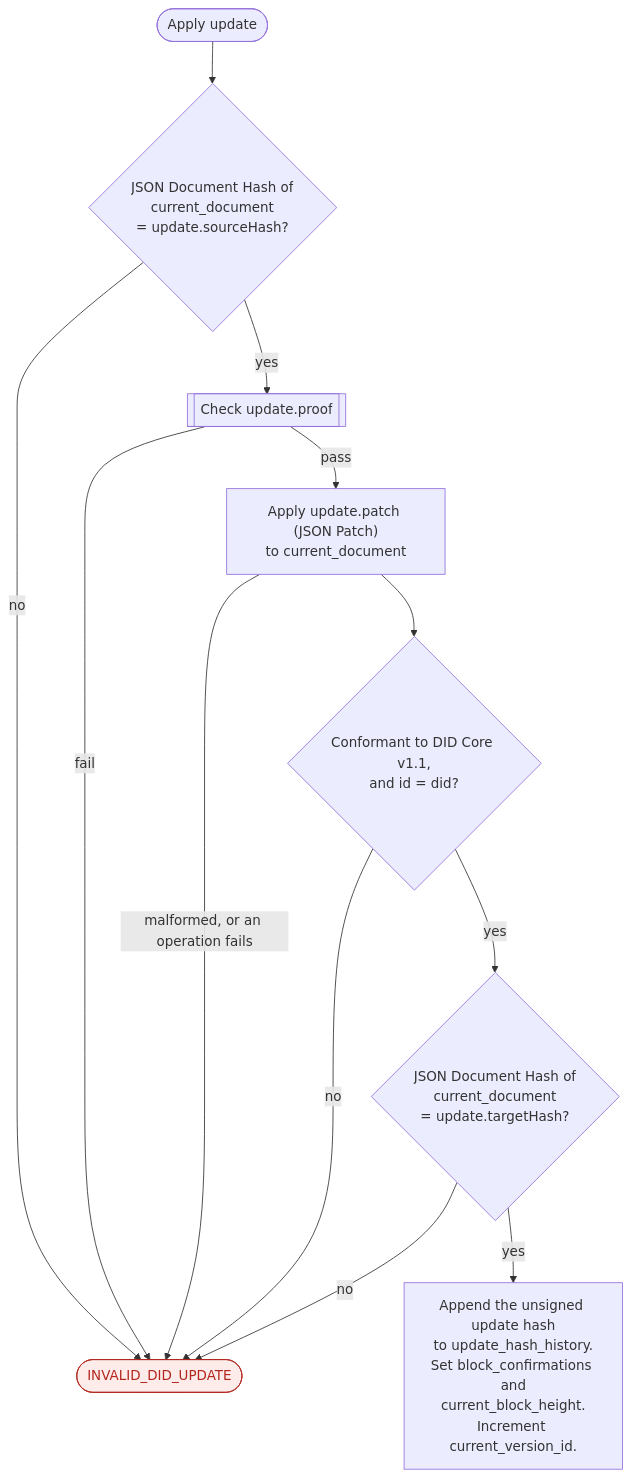
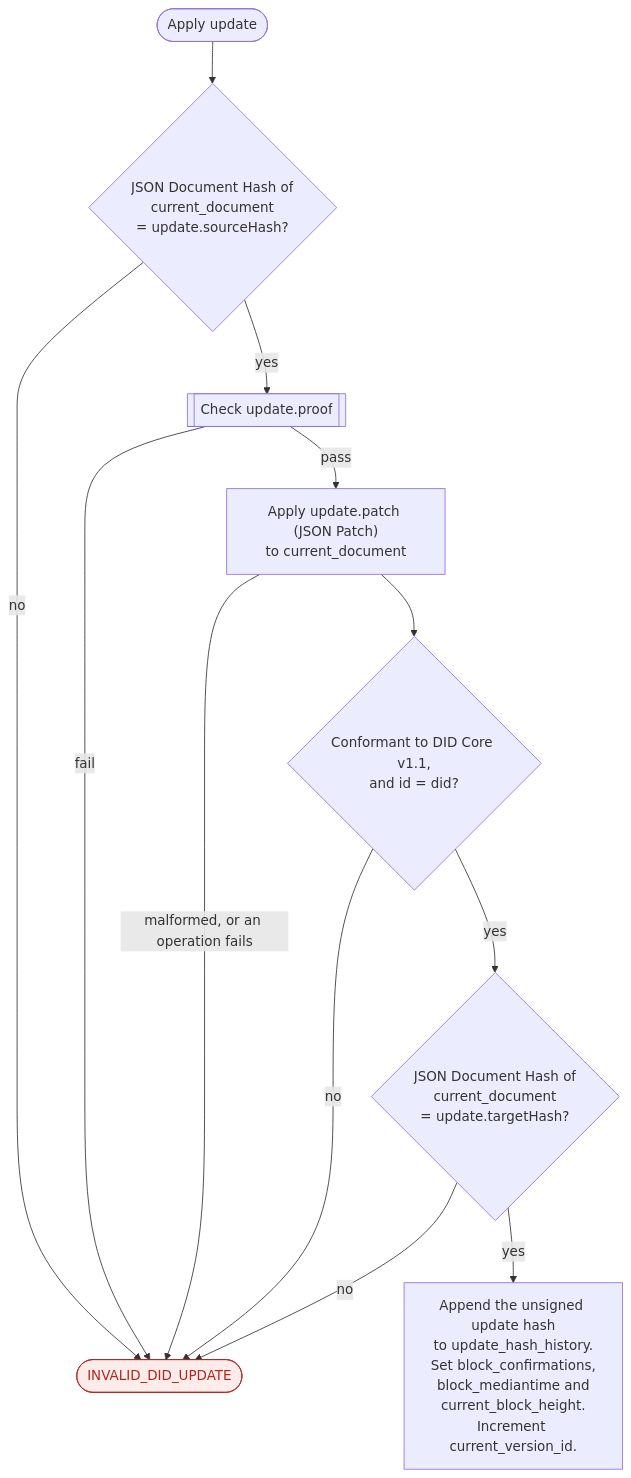
The ninth of 10 diagrams in src/content/docs/diagrams/resolve.md (dcdpr/website-btcr2-dev), drawn with Mermaid before and after one commit. The commit also changed other lines of this file and 4 other files, not shown here.

First line of the commit message:
docs(diagrams): follow the spec changes to update and resolve

````diff
--- a/src/content/docs/diagrams/resolve.md
+++ b/src/content/docs/diagrams/resolve.md
@@ -229,16 +229,16 @@
 ```mermaid
 flowchart TD
   classDef error fill:#fdecea,stroke:#b3261e,color:#b3261e
 
   Start(["Apply update"]) --> Source{"JSON Document Hash of<br/>current_document<br/>= update.sourceHash?"}
   Source -->|"no"| Err(["INVALID_DID_UPDATE"]):::error
   Source -->|"yes"| Proof[["Check update.proof"]]
   Proof -->|"fail"| Err
   Proof -->|"pass"| Patch["Apply update.patch (JSON Patch)<br/>to current_document"]
   Patch -->|"malformed, or an operation fails"| Err
   Patch --> Valid{"Conformant to DID Core v1.1,<br/>and id = did?"}
   Valid -->|"no"| Err
   Valid -->|"yes"| Target{"JSON Document Hash of<br/>current_document<br/>= update.targetHash?"}
   Target -->|"no"| Err
-  Target -->|"yes"| Record["Append the unsigned update hash<br/>to update_hash_history.<br/>Set block_confirmations and<br/>current_block_height.<br/>Increment current_version_id."]
+  Target -->|"yes"| Record["Append the unsigned update hash<br/>to update_hash_history.<br/>Set block_confirmations,<br/>block_mediantime and<br/>current_block_height.<br/>Increment current_version_id."]
 ```
````
